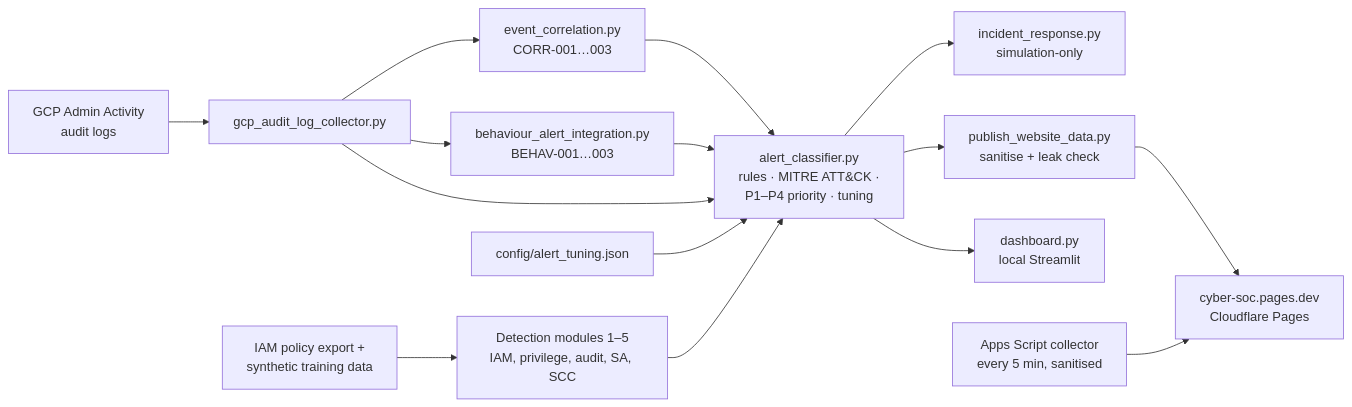
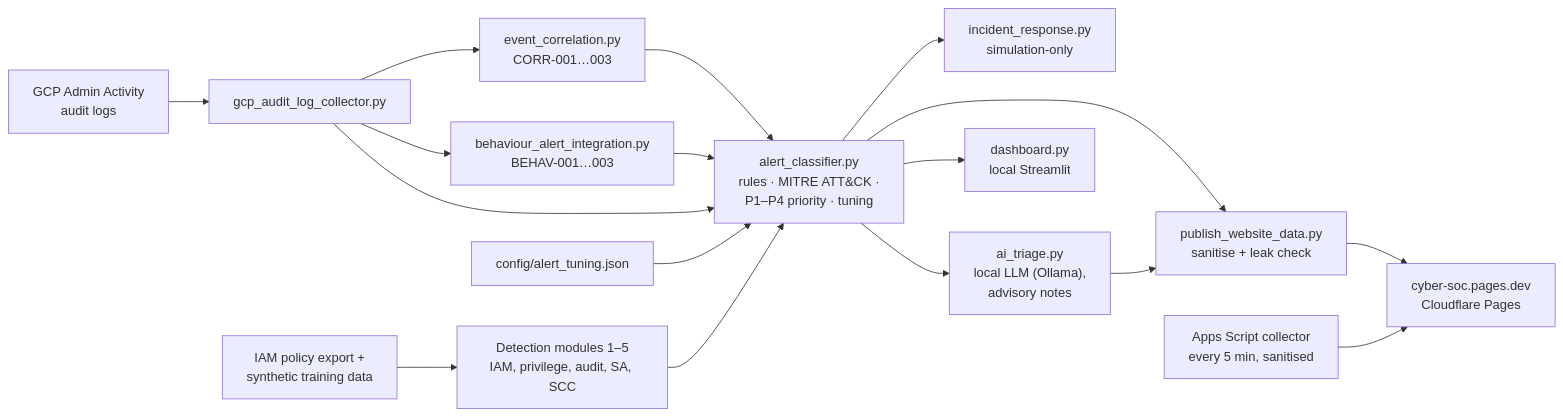
One commit to Rohith1402/GCP-Cloud-Threat-Detection-IR changed the diagram in README.md. Above: the diagram before and after it, drawn with Mermaid. The commit also changed other lines of this file and 6 other files, not shown here.

Commit message:
Add Phase 5: local AI-assisted triage with sanitised input, injection defences and validated, advisory notes

````diff
--- a/README.md
+++ b/README.md
@@ -35,20 +36,22 @@
 ```mermaid
 flowchart LR
     GCP["GCP Admin Activity<br/>audit logs"] --> COL["gcp_audit_log_collector.py"]
     TRAIN["IAM policy export +<br/>synthetic training data"] --> MOD["Detection modules 1–5<br/>IAM, privilege, audit, SA, SCC"]
 
     COL --> CORR["event_correlation.py<br/>CORR-001…003"]
     COL --> BEH["behaviour_alert_integration.py<br/>BEHAV-001…003"]
     COL --> CLS
     MOD --> CLS
     CORR --> CLS
     BEH --> CLS
     TUNE["config/alert_tuning.json"] --> CLS
 
     CLS["alert_classifier.py<br/>rules · MITRE ATT&CK ·<br/>P1–P4 priority · tuning"] --> IR["incident_response.py<br/>simulation-only"]
     CLS --> PUB["publish_website_data.py<br/>sanitise + leak check"]
     CLS --> DASH["dashboard.py<br/>local Streamlit"]
+    CLS --> AI["ai_triage.py<br/>local LLM (Ollama),<br/>advisory notes"]
+    AI --> PUB
 
     PUB --> SITE["cyber-soc.pages.dev<br/>Cloudflare Pages"]
     APPS["Apps Script collector<br/>every 5 min, sanitised"] --> SITE
 ```
````
